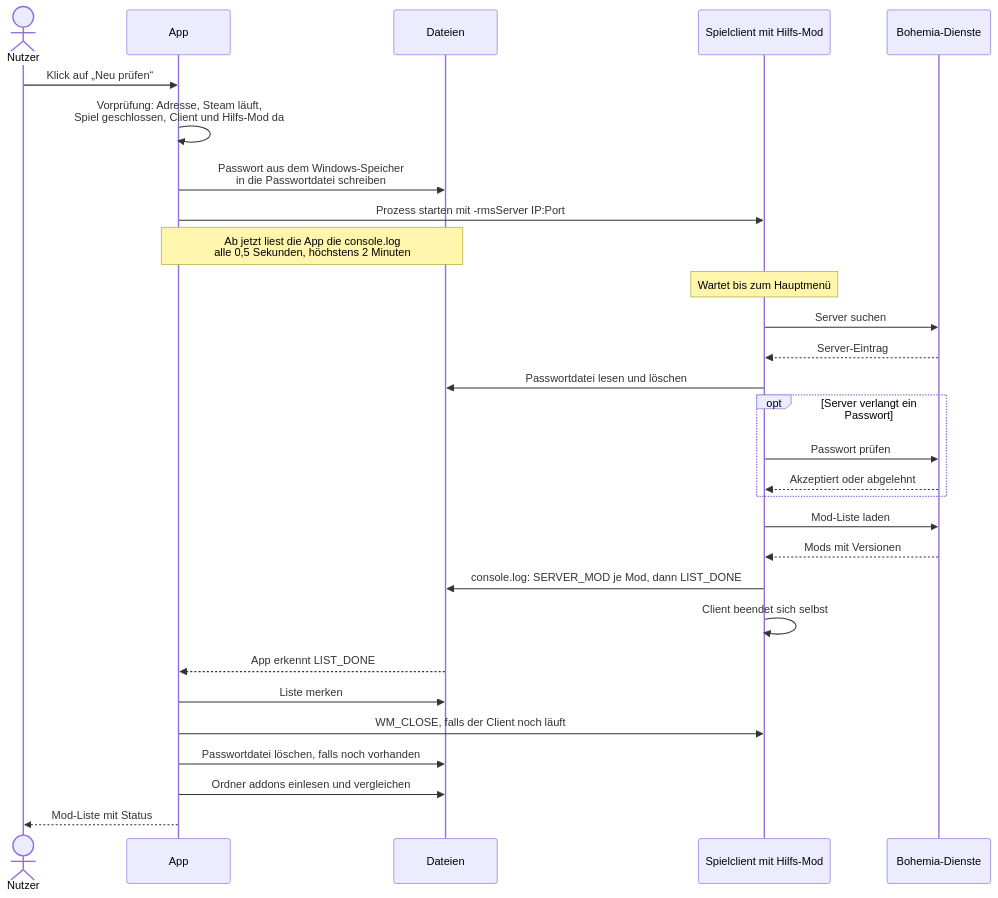
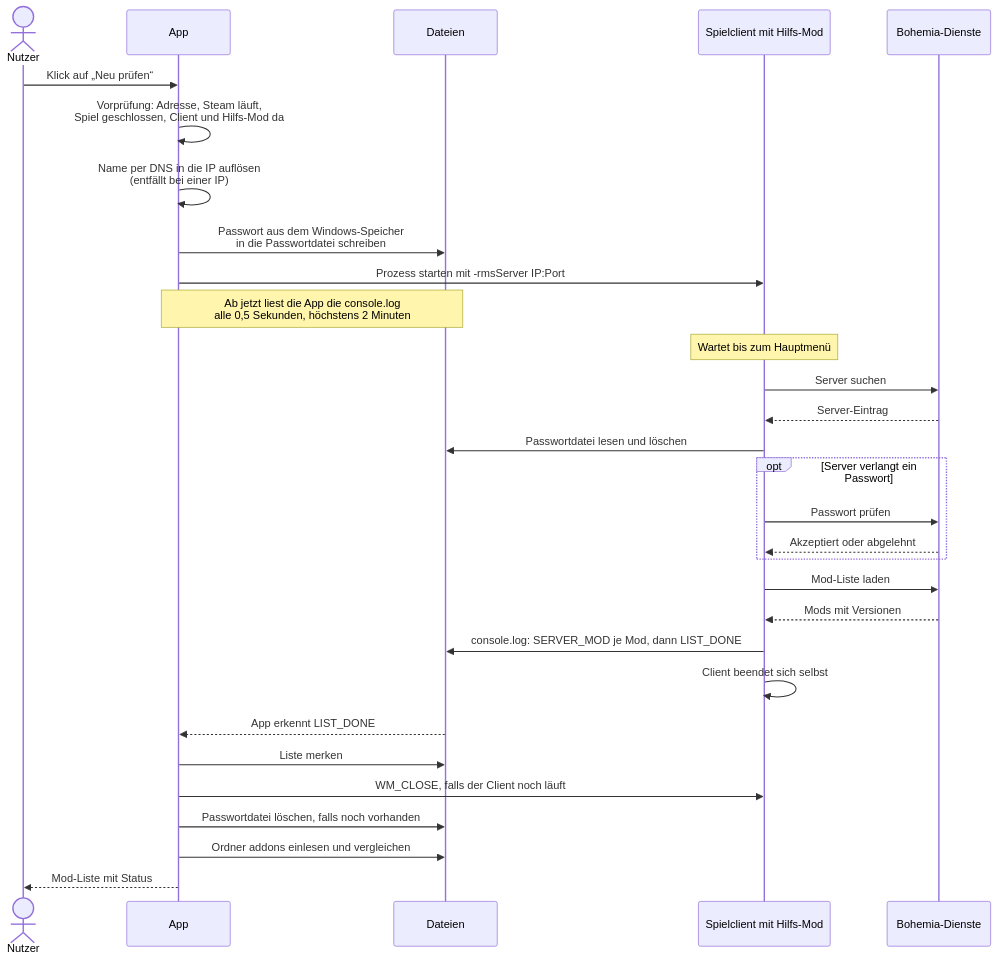
The first of 3 diagrams in README.md (morok101st/Arma-Reforger-Local-Manager), drawn with Mermaid before and after one commit. The commit also changed other lines of this file and 14 other files, not shown here.

````diff
--- a/README.md
+++ b/README.md
@@ -137,32 +137,33 @@
 ```mermaid
 sequenceDiagram
     actor N as Nutzer
     participant A as App
     participant D as Dateien
     participant H as Spielclient mit Hilfs-Mod
     participant B as Bohemia-Dienste
 
     N->>A: Klick auf „Neu prüfen“
     A->>A: Vorprüfung: Adresse, Steam läuft,<br/>Spiel geschlossen, Client und Hilfs-Mod da
+    A->>A: Name per DNS in die IP auflösen<br/>(entfällt bei einer IP)
     A->>D: Passwort aus dem Windows-Speicher<br/>in die Passwortdatei schreiben
     A->>H: Prozess starten mit -rmsServer IP:Port
     Note over A,D: Ab jetzt liest die App die console.log<br/>alle 0,5 Sekunden, höchstens 2 Minuten
     Note over H: Wartet bis zum Hauptmenü
     H->>B: Server suchen
     B-->>H: Server-Eintrag
     H->>D: Passwortdatei lesen und löschen
     opt Server verlangt ein Passwort
         H->>B: Passwort prüfen
         B-->>H: Akzeptiert oder abgelehnt
     end
     H->>B: Mod-Liste laden
     B-->>H: Mods mit Versionen
     H->>D: console.log: SERVER_MOD je Mod, dann LIST_DONE
     H->>H: Client beendet sich selbst
     D-->>A: App erkennt LIST_DONE
     A->>D: Liste merken
     A->>H: WM_CLOSE, falls der Client noch läuft
     A->>D: Passwortdatei löschen, falls noch vorhanden
     A->>D: Ordner addons einlesen und vergleichen
     A-->>N: Mod-Liste mit Status
 ```
````
